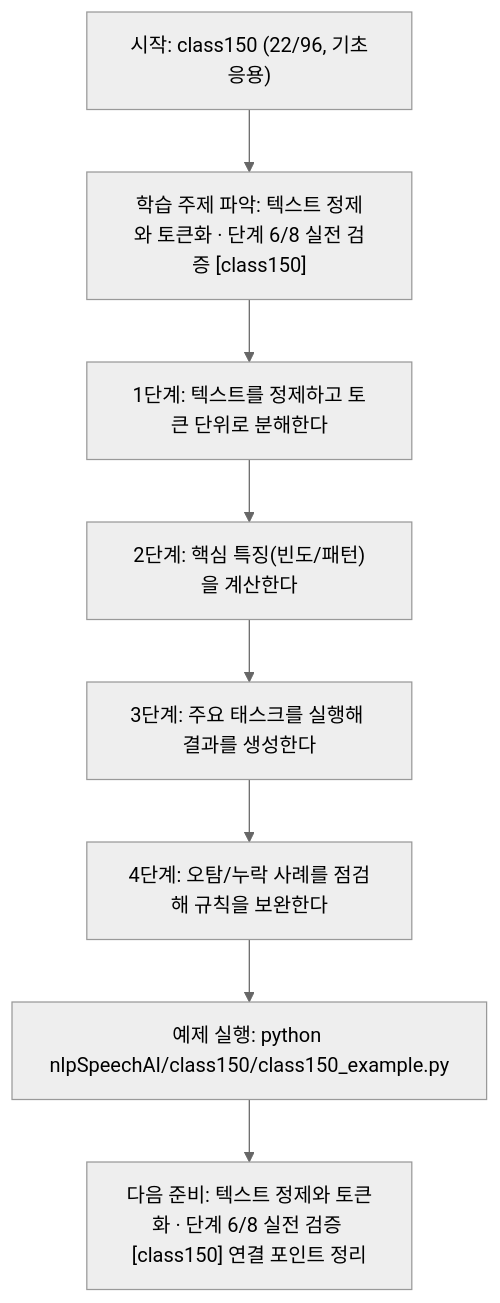
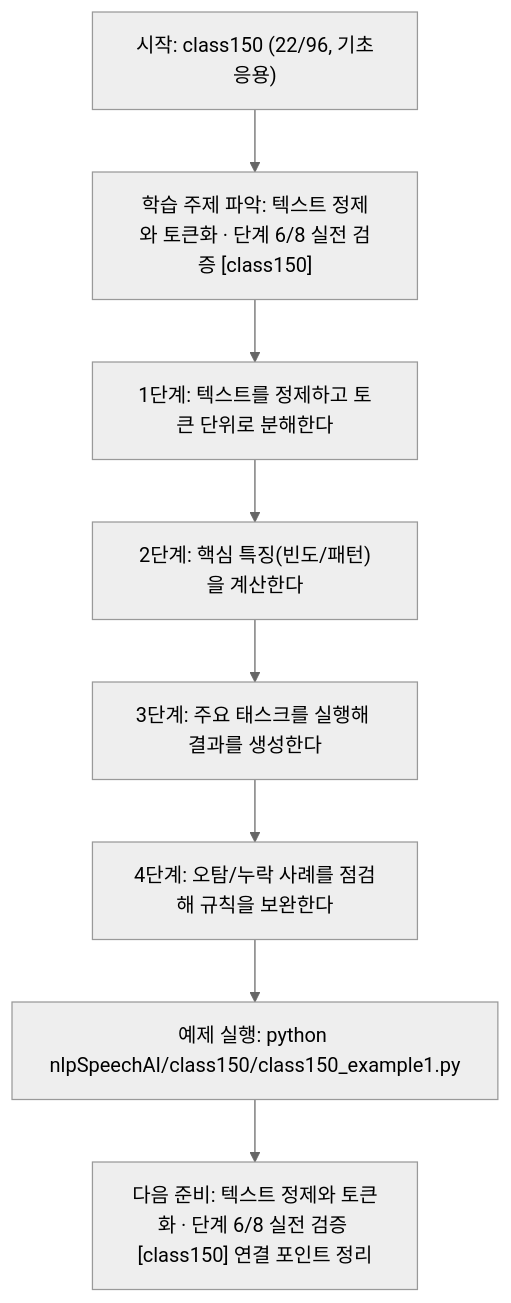
The diagram in nlpSpeechAI/class150/class150.md (edumgt/Python-AI_Agent-Class), drawn with Mermaid (neutral theme) before and after one commit. The commit also changed other lines of this file and 2959 other files, not shown here.

````diff
--- a/nlpSpeechAI/class150/class150.md
+++ b/nlpSpeechAI/class150/class150.md
@@ -114,18 +114,18 @@
 ```mermaid
 flowchart TD
 N1["시작: class150 (22/96, 기초응용)"]
 N2["학습 주제 파악: 텍스트 정제와 토큰화 · 단계 6/8 실전 검증 [class150]"]
 N3["1단계: 텍스트를 정제하고 토큰 단위로 분해한다"]
 N4["2단계: 핵심 특징(빈도/패턴)을 계산한다"]
 N5["3단계: 주요 태스크를 실행해 결과를 생성한다"]
 N6["4단계: 오탐/누락 사례를 점검해 규칙을 보완한다"]
-N7["예제 실행: python nlpSpeechAI/class150/class150_example.py"]
+N7["예제 실행: python nlpSpeechAI/class150/class150_example1.py"]
 N8["다음 준비: 텍스트 정제와 토큰화 · 단계 6/8 실전 검증 [class150] 연결 포인트 정리"]
 N1 --> N2
 N2 --> N3
 N3 --> N4
 N4 --> N5
 N5 --> N6
 N6 --> N7
 N7 --> N8
 ```
````
